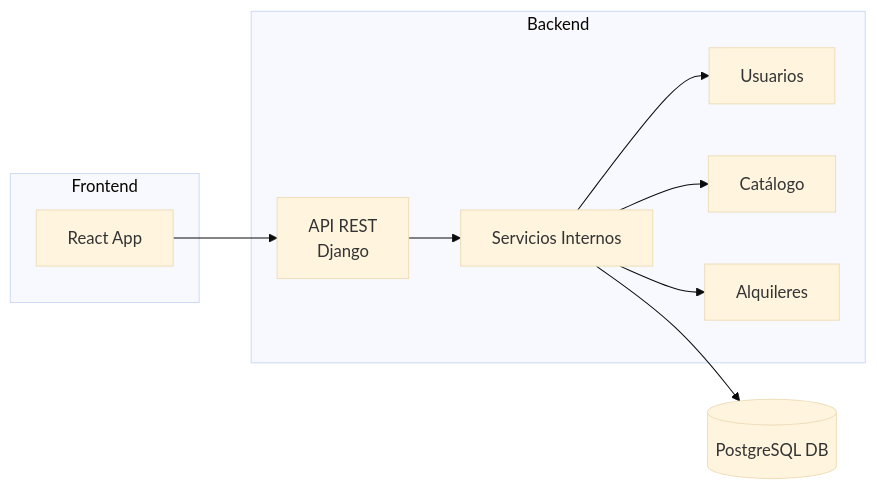
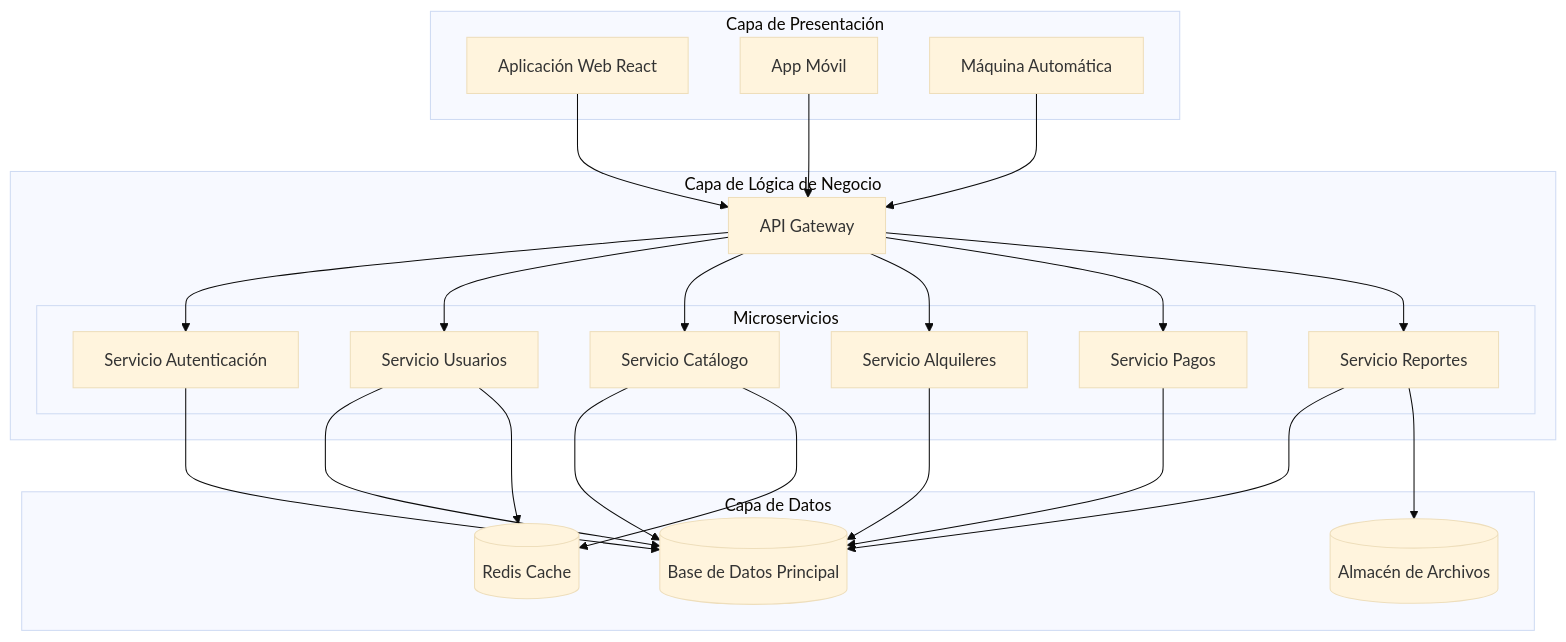
Before and after one commit to ch4rl135/demoKMP: the diagram in Diagrama de arquitectura de aplicacion web(lógica).mmd, drawn with Mermaid (base theme).

Commit message:
update Diagrama de arquitectura de aplicacion web(lógica).mmd

```diff
--- a/Diagrama de arquitectura de aplicacion web(lógica).mmd
+++ b/Diagrama de arquitectura de aplicacion web(lógica).mmd
@@ -1,19 +1,46 @@
-flowchart LR
-  subgraph Frontend
-    FE[React App]
-  end
-  subgraph Backend
-    API[API REST\nDjango]
-    SI[Servicios Internos]
-    US[Usuarios]
-    CT[Catálogo]
-    AL[Alquileres]
-  end
-  DB[(PostgreSQL DB)]
-
-  FE --> API
-  API --> SI
-  SI --> US
-  SI --> CT
-  SI --> AL
-  SI --> DB
+flowchart TB
+    subgraph "Capa de Presentación"
+        WEB[Aplicación Web React]
+        MOBILE[App Móvil]
+        KIOSK[Máquina Automática]
+    end
+    
+    subgraph "Capa de Lógica de Negocio"
+        API[API Gateway]
+        subgraph "Microservicios"
+            AUTH[Servicio Autenticación]
+            USER[Servicio Usuarios]
+            CATALOG[Servicio Catálogo]
+            RENTAL[Servicio Alquileres]
+            PAYMENT[Servicio Pagos]
+            REPORT[Servicio Reportes]
+        end
+    end
+    
+    subgraph "Capa de Datos"
+        DB[(Base de Datos Principal)]
+        CACHE[(Redis Cache)]
+        FILES[(Almacén de Archivos)]
+    end
+    
+    WEB --> API
+    MOBILE --> API
+    KIOSK --> API
+    
+    API --> AUTH
+    API --> USER
+    API --> CATALOG
+    API --> RENTAL
+    API --> PAYMENT
+    API --> REPORT
+    
+    AUTH --> DB
+    USER --> DB
+    CATALOG --> DB
+    RENTAL --> DB
+    PAYMENT --> DB
+    REPORT --> DB
+    
+    CATALOG --> CACHE
+    USER --> CACHE
+    REPORT --> FILES
```
